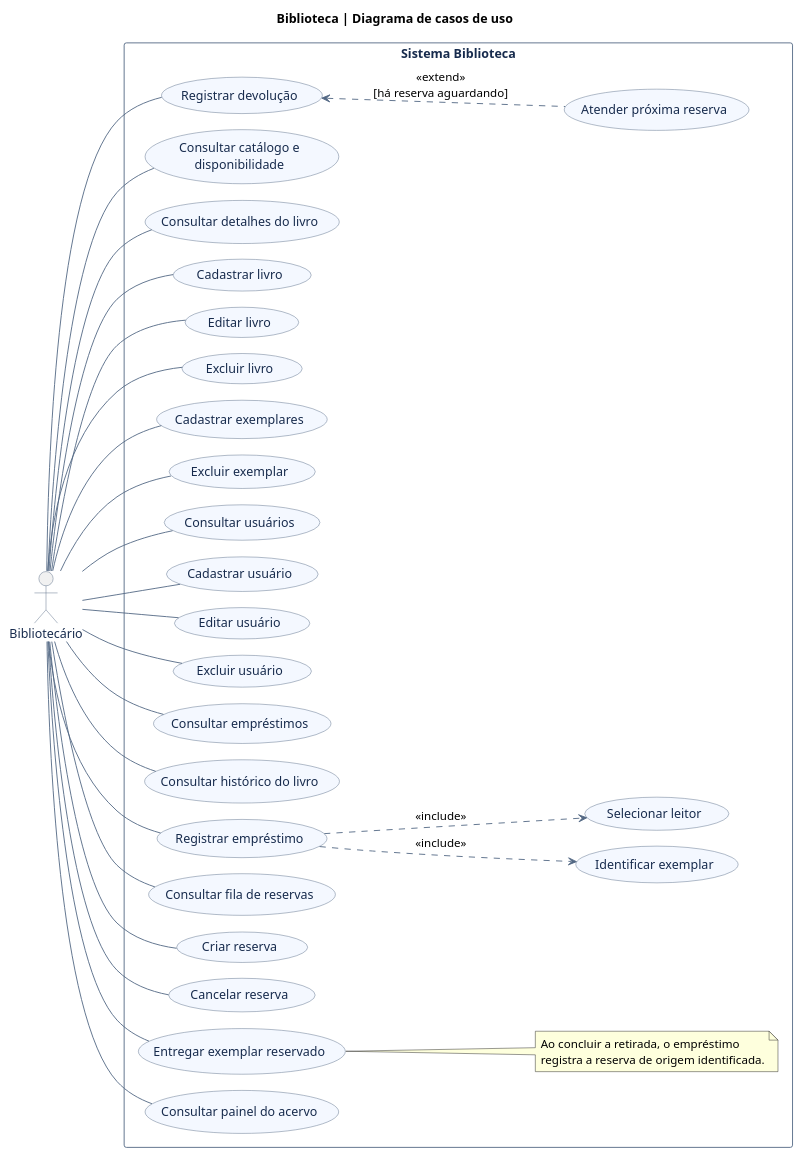
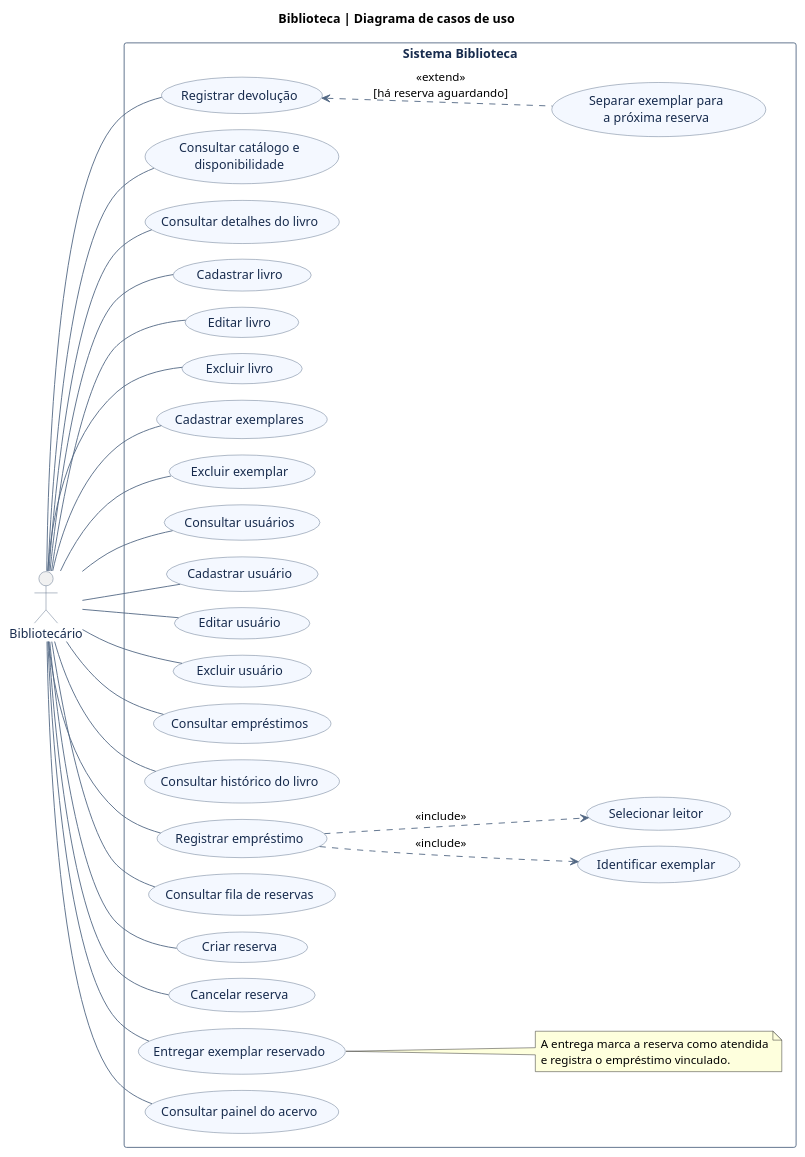
Before and after one commit to VINICIUSNUNES137/biblioteca: the diagram in docs/diagramas/casos-de-uso.puml, drawn with PlantUML. The commit also changed 14 other files, not shown here.

```diff
--- a/docs/diagramas/casos-de-uso.puml
+++ b/docs/diagramas/casos-de-uso.puml
@@ -1,78 +1,78 @@
 @startuml
 left to right direction
 title Biblioteca | Diagrama de casos de uso
 skinparam nodesep 18
 skinparam shadowing false
 skinparam defaultFontName Segoe UI
 skinparam ArrowColor #526783
 skinparam actor {
   BorderColor #526783
   FontColor #172B4D
 }
 skinparam usecase {
   BackgroundColor #F4F8FF
   BorderColor #526783
   FontColor #172B4D
 }
 skinparam rectangle {
   BorderColor #526783
   FontColor #172B4D
 }
 
 actor "Bibliotecário" as Bibliotecario
 
 rectangle "Sistema Biblioteca" {
   usecase "Consultar catálogo e\ndisponibilidade" as Catalogo
   usecase "Consultar detalhes do livro" as Detalhes
   usecase "Cadastrar livro" as CadastrarLivro
   usecase "Editar livro" as EditarLivro
   usecase "Excluir livro" as ExcluirLivro
   usecase "Cadastrar exemplares" as CadastrarExemplares
   usecase "Excluir exemplar" as ExcluirExemplar
   usecase "Consultar usuários" as ConsultarUsuarios
   usecase "Cadastrar usuário" as CadastrarUsuario
   usecase "Editar usuário" as EditarUsuario
   usecase "Excluir usuário" as ExcluirUsuario
   usecase "Consultar empréstimos" as ConsultarEmprestimos
   usecase "Consultar histórico do livro" as Historico
   usecase "Registrar empréstimo" as Emprestar
   usecase "Identificar exemplar" as IdentificarExemplar
   usecase "Selecionar leitor" as SelecionarLeitor
   usecase "Registrar devolução" as Devolver
-  usecase "Atender próxima reserva" as Atender
+  usecase "Separar exemplar para\na próxima reserva" as Separar
   usecase "Consultar fila de reservas" as Fila
   usecase "Criar reserva" as CriarReserva
   usecase "Cancelar reserva" as CancelarReserva
   usecase "Entregar exemplar reservado" as Entregar
   usecase "Consultar painel do acervo" as Painel
 
   note right of Entregar
-    Ao concluir a retirada, o empréstimo
-    registra a reserva de origem identificada.
+    A entrega marca a reserva como atendida
+    e registra o empréstimo vinculado.
   end note
 }
 
 Bibliotecario -- Catalogo
 Bibliotecario -- Detalhes
 Bibliotecario -- CadastrarLivro
 Bibliotecario -- EditarLivro
 Bibliotecario -- ExcluirLivro
 Bibliotecario -- CadastrarExemplares
 Bibliotecario -- ExcluirExemplar
 Bibliotecario -- ConsultarUsuarios
 Bibliotecario -- CadastrarUsuario
 Bibliotecario -- EditarUsuario
 Bibliotecario -- ExcluirUsuario
 Bibliotecario -- ConsultarEmprestimos
 Bibliotecario -- Historico
 Bibliotecario -- Emprestar
 Bibliotecario -- Devolver
 Bibliotecario -- Fila
 Bibliotecario -- CriarReserva
 Bibliotecario -- CancelarReserva
 Bibliotecario -- Entregar
 Bibliotecario -- Painel
-Atender .up.> Devolver : <<extend>>\n[há reserva aguardando]
+Separar .up.> Devolver : <<extend>>\n[há reserva aguardando]
 Emprestar .down.> IdentificarExemplar : <<include>>
 Emprestar .down.> SelecionarLeitor : <<include>>
 @enduml
```
